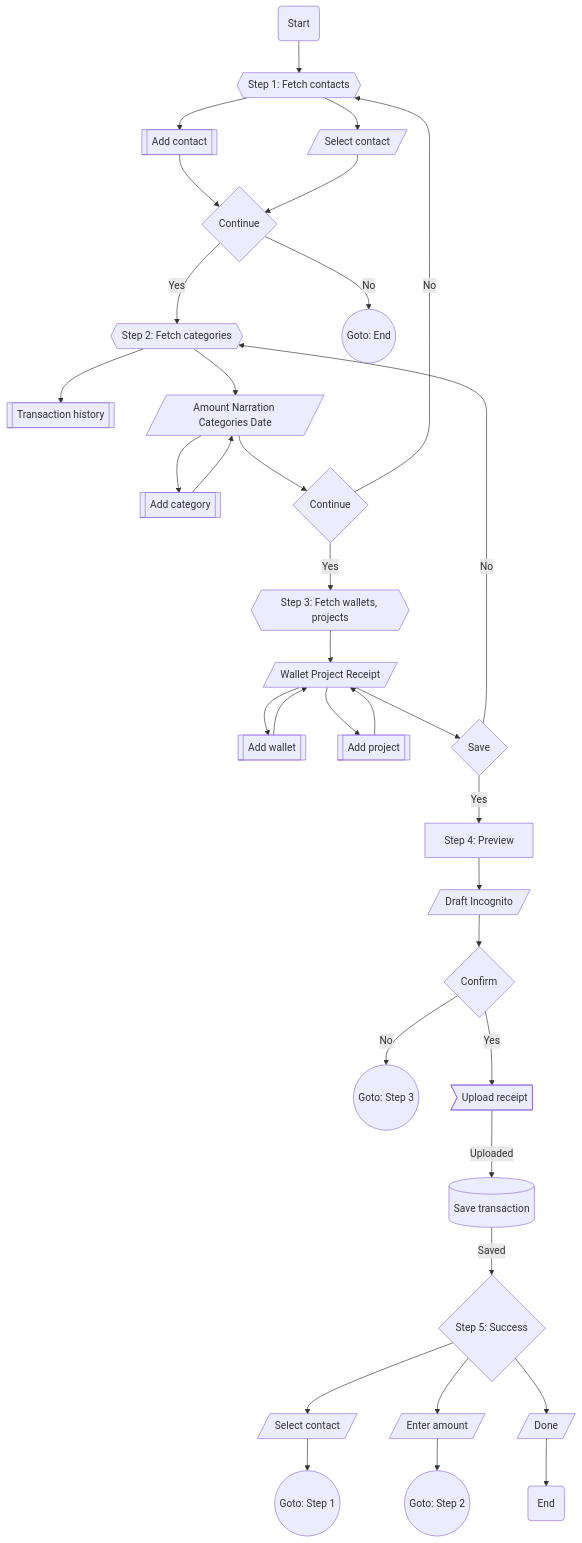
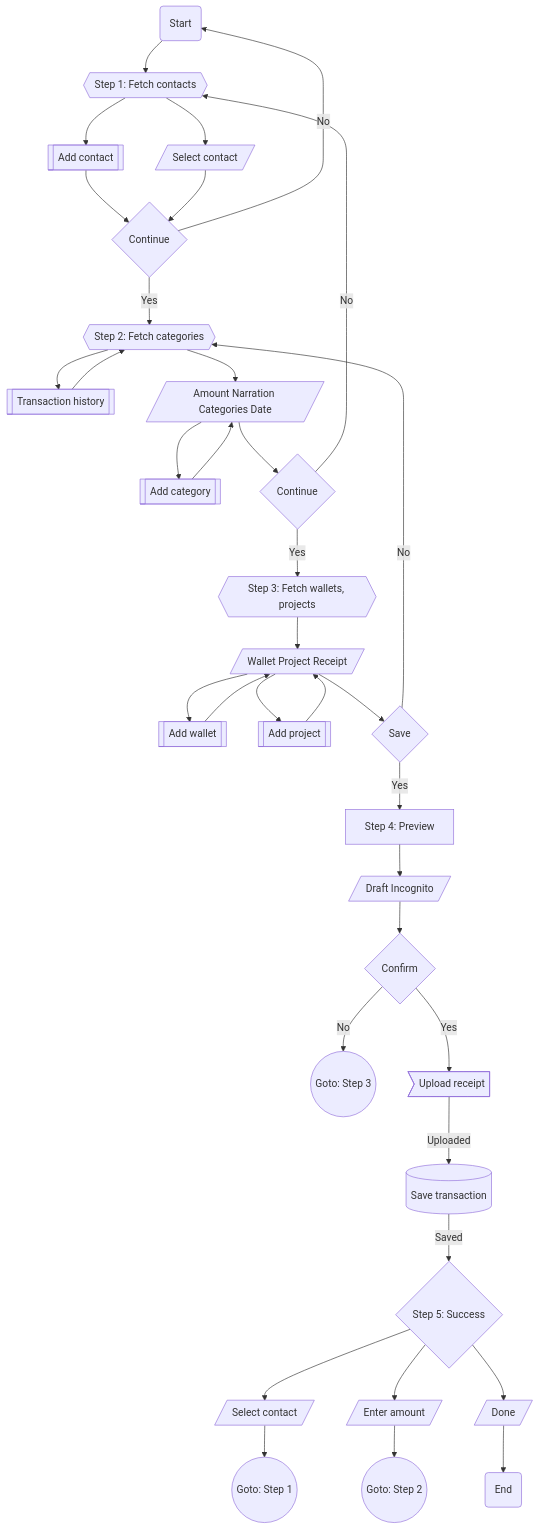
One commit to 2gbeh/fedora changed the second of 2 diagrams in README.md. Above: the diagram before and after it, drawn with Mermaid. The commit also changed other lines of this file and 17 other files, not shown here.

````diff
--- a/README.md
+++ b/README.md
@@ -79,67 +79,67 @@
 ```mermaid
 flowchart TD
     Start(Start)
     Step1Ref((Goto: Step 1))
     Step1{{Step 1: Fetch contacts}}
     AddContact[[Add contact]]
     Contact[/Select contact/]
     Step1Next{Continue}
     Step2Ref((Goto: Step 2))
     Step2{{Step 2: Fetch categories}}
     History[[Transaction history]]
     Step2Form[/Amount Narration Categories Date/]
     AddCategory[[Add category]]
     Step2Next{Continue}
     Step3Ref((Goto: Step 3))
     Step3{{Step 3: Fetch wallets, projects}}
     Step3Form[/Wallet Project Receipt/]
     AddWallet[[Add wallet]]
     AddProject[[Add project]]
     Step3Next{Save}
     Step4[Step 4: Preview]
     Step4Form[/Draft Incognito/]
     Step4Next{Confirm}
     Storage>Upload receipt]
     Database[(Save transaction)]
     Step5{Step 5: Success}
     Step5Next1[/Select contact/]
     Step5Next2[/Enter amount/]
     Step5Next3[/Done/]
-    EndRef((Goto: End))
     End(End)
 
     Start --> Step1
     Step1 --> AddContact
     Step1 --> Contact
     AddContact --> Step1Next
     Contact --> Step1Next
     Step1Next -- Yes --> Step2
-    Step1Next -- No --> EndRef
+    Step1Next -- No --> Start
     Step2 --> Step2Form
     Step2 --> History
+    History --> Step2
     Step2Form --> Step2Next
     Step2Form --> AddCategory
     AddCategory --> Step2Form
     Step2Next -- Yes --> Step3
     Step2Next -- No --> Step1
     Step3 --> Step3Form
     Step3Form --> Step3Next
     Step3Form --> AddWallet
     AddWallet --> Step3Form    
     Step3Form --> AddProject
     AddProject --> Step3Form    
     Step3Next -- Yes --> Step4
     Step3Next -- No --> Step2
     Step4 --> Step4Form
     Step4Form --> Step4Next
     Step4Next -- Yes --> Storage
     Step4Next -- No --> Step3Ref
     Storage -- Uploaded --> Database
     Database -- Saved --> Step5
     Step5 --> Step5Next1 
     Step5 --> Step5Next2 
     Step5 --> Step5Next3 
     Step5Next1 --> Step1Ref
     Step5Next2 --> Step2Ref
     Step5Next3 --> End 
 ```
````
